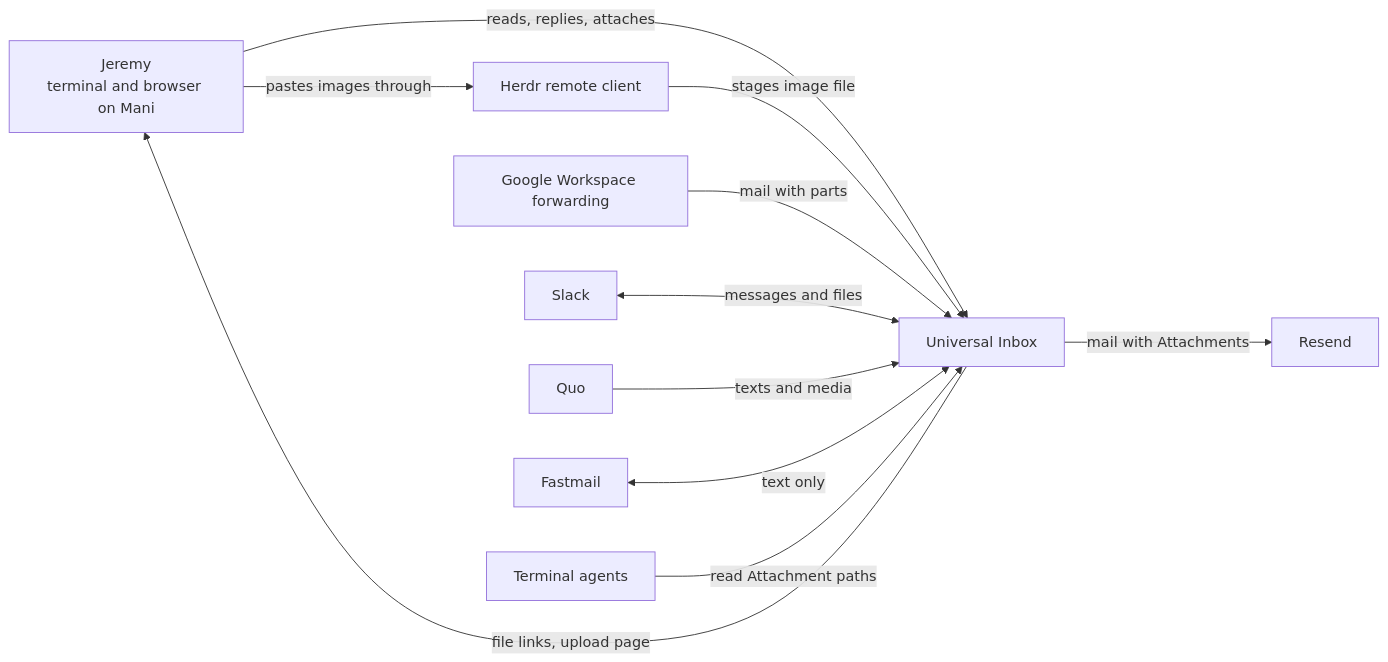
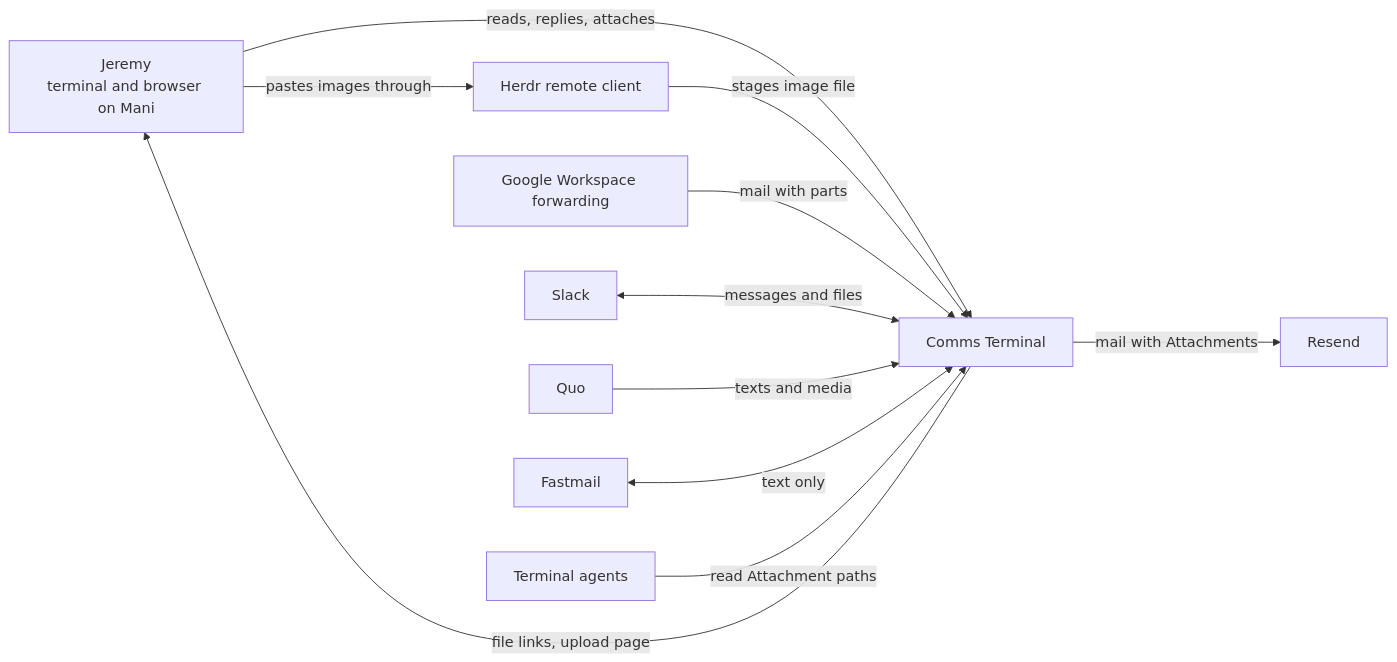
Before and after one commit to JMLegere/comms-terminal: the first of 3 diagrams in .agents/discovery/2026-10-15-attachments.md, drawn with Mermaid. The commit also changed other lines of this file and 181 other files, not shown here.

First line of the commit message:
Rename: Universal Inbox is now Comms Terminal

````diff
--- a/.agents/discovery/2026-10-15-attachments.md
+++ b/.agents/discovery/2026-10-15-attachments.md
@@ -254,13 +254,13 @@
 ```mermaid
 flowchart LR
-  J[Jeremy<br/>terminal and browser on Mani] -->|reads, replies, attaches| UI[Universal Inbox]
+  J[Jeremy<br/>terminal and browser on Mani] -->|reads, replies, attaches| UI[Comms Terminal]
   J -->|pastes images through| H[Herdr remote client]
   H -->|stages image file| UI
   UI -->|file links, upload page| J
   G[Google Workspace forwarding] -->|mail with parts| UI
   S[Slack] <-->|messages and files| UI
   Q[Quo] -->|texts and media| UI
   UI -->|mail with Attachments| R[Resend]
   F[Fastmail] <-->|text only| UI
   A[Terminal agents] -->|read Attachment paths| UI
 ```
````
